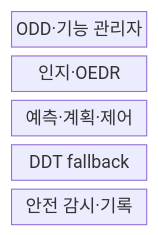
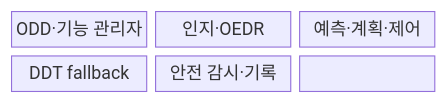
The first of 2 diagrams in src/content/docs/notes/08-latest-tech/209_ads_automated_driving_system.md (agnusdei1207/knowledge-base), drawn with Mermaid before and after one commit. The commit also changed other lines of this file and 228 other files, not shown here.

````diff
--- a/src/content/docs/notes/08-latest-tech/209_ads_automated_driving_system.md
+++ b/src/content/docs/notes/08-latest-tech/209_ads_automated_driving_system.md
@@ -52,9 +51,11 @@
 ```mermaid
 block-beta
-  columns 1
-  A["ODD·기능 관리자"]
-  B["인지·OEDR"]
-  C["예측·계획·제어"]
-  D["DDT fallback"]
-  E["안전 감시·기록"]
+  columns 3
+  N0["ODD·기능 관리자"]
+  N1["인지·OEDR"]
+  N2["예측·계획·제어"]
+  N3["DDT fallback"]
+  N4["안전 감시·기록"]
+  N0 --- N1 --- N2
+  N2 --- N3 --- N4
 ```
````
